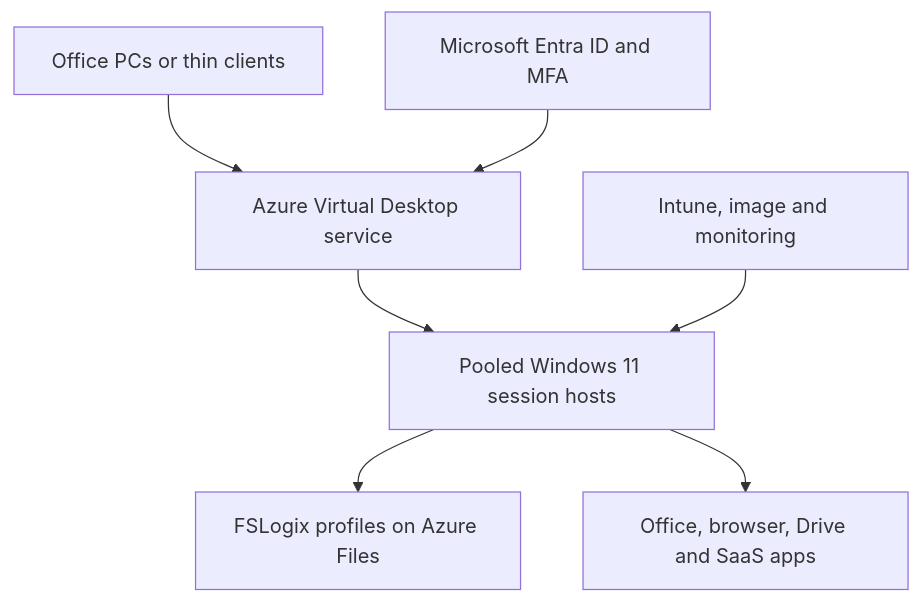
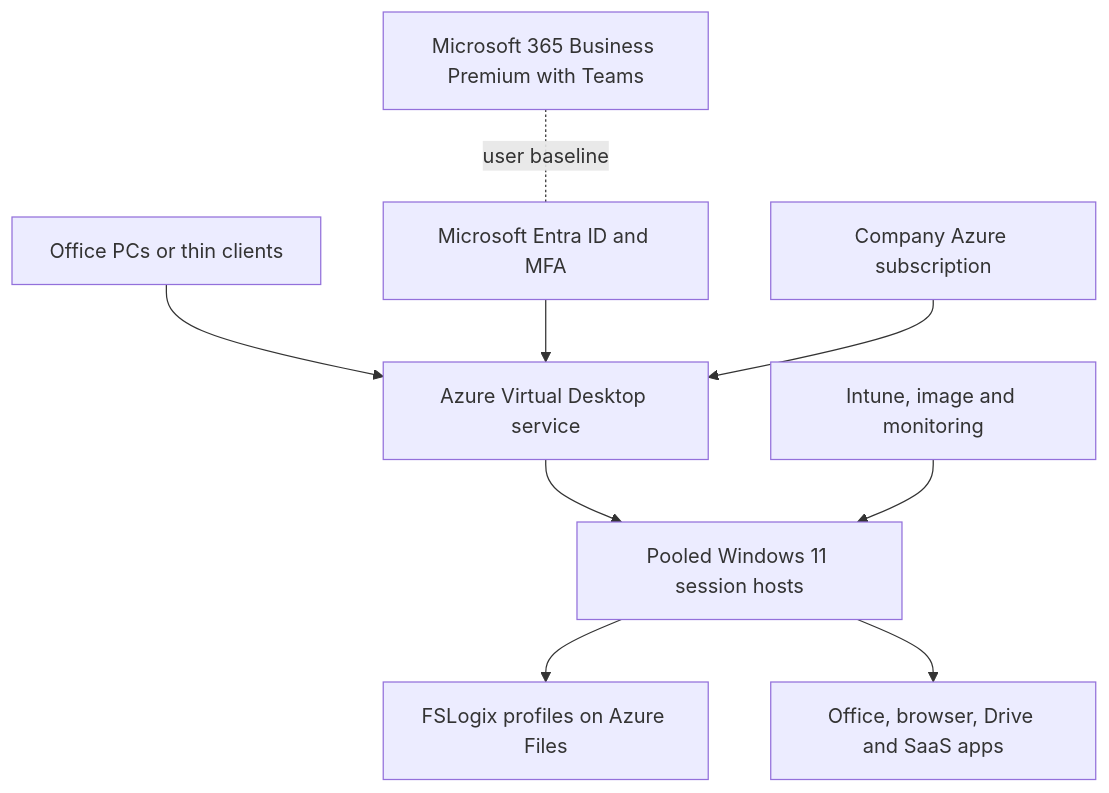
The third of 3 diagrams in cloud_identity_migration_options.md (andyxuan2010/cloud-migration-demo), drawn with Mermaid before and after one commit. The commit also changed other lines of this file and 1 other file, not shown here.

````diff
--- a/cloud_identity_migration_options.md
+++ b/cloud_identity_migration_options.md
@@ -311,9 +339,11 @@
 ```mermaid
 flowchart TD
     T["Office PCs or thin clients"] --> A["Azure Virtual Desktop service"]
     E["Microsoft Entra ID and MFA"] --> A
     A --> H["Pooled Windows 11 session hosts"]
     H --> F["FSLogix profiles on Azure Files"]
     H --> S["Office, browser, Drive and SaaS apps"]
     I["Intune, image and monitoring"] --> H
+    B["Microsoft 365 Business Premium with Teams"] -. "user baseline" .- E
+    AZ["Company Azure subscription"] --> A
 ```
````
